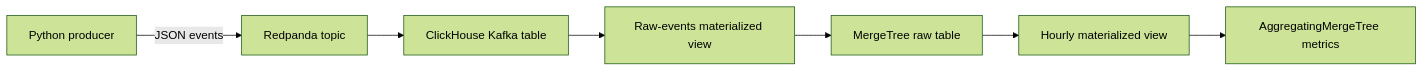
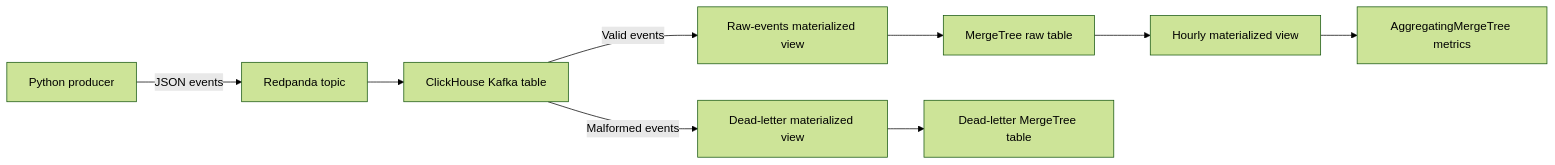
The diagram in README.md (hashemi-parisa/realtime-clickhouse-pipeline), drawn with Mermaid (forest theme) before and after one commit. The commit also changed other lines of this file and 2 other files, not shown here.

Commit message:
feat: add dead-letter handling for malformed events

````diff
--- a/README.md
+++ b/README.md
@@ -9,9 +9,13 @@
 ```mermaid
 flowchart LR
     A[Python producer] -->|JSON events| B[Redpanda topic]
     B --> C[ClickHouse Kafka table]
-    C --> D[Raw-events materialized view]
+
+    C -->|Valid events| D[Raw-events materialized view]
     D --> E[MergeTree raw table]
     E --> F[Hourly materialized view]
     F --> G[AggregatingMergeTree metrics]
+
+    C -->|Malformed events| H[Dead-letter materialized view]
+    H --> I[Dead-letter MergeTree table]
 ```
````
